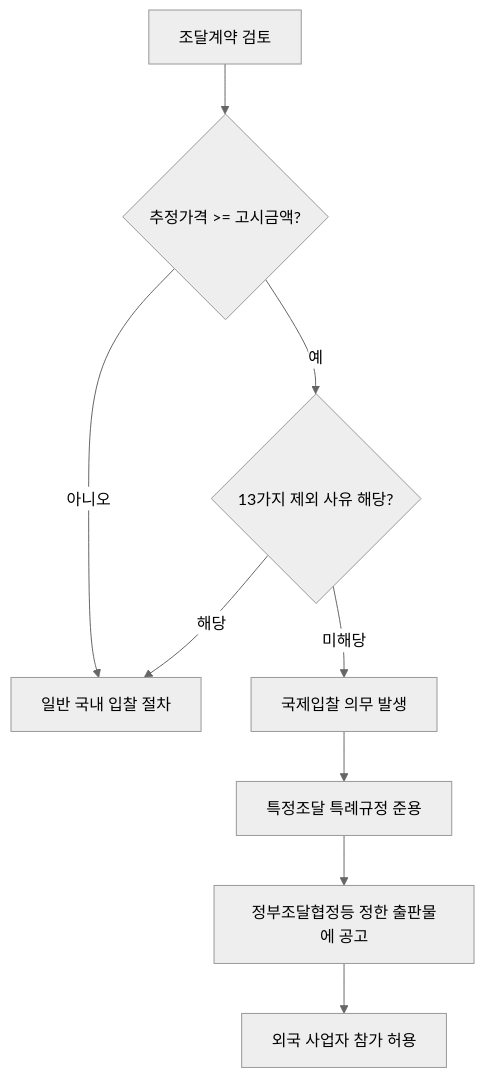
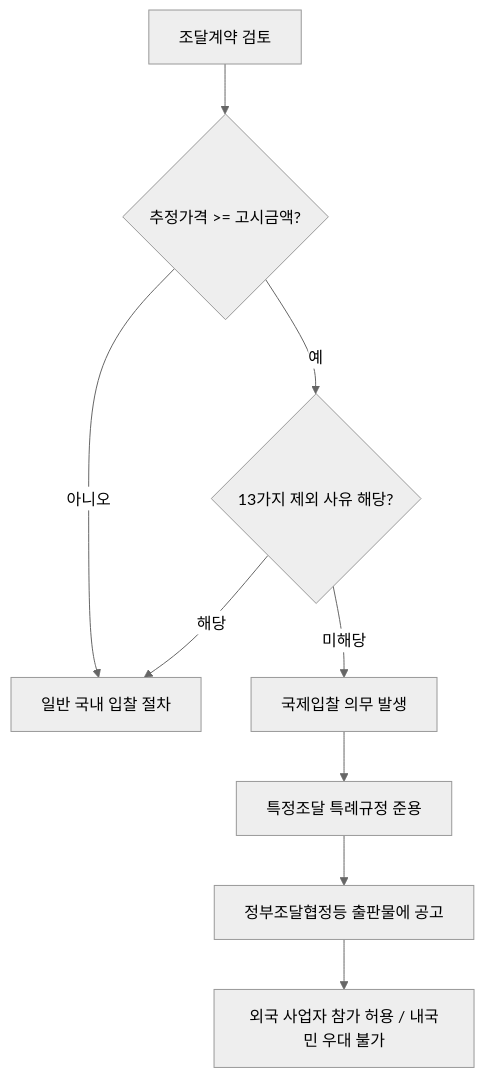
One commit to pon00050/kr-procurement-ref changed the diagram in src/content/docs/reference/공기업-국제입찰-예외.md. Above: the diagram before and after it, drawn with Mermaid (neutral theme). The commit also changed other lines of this file and 82 other files, not shown here.

````diff
--- a/src/content/docs/reference/공기업-국제입찰-예외.md
+++ b/src/content/docs/reference/공기업-국제입찰-예외.md
@@ -82,11 +38,11 @@
 ```mermaid
 flowchart TD
     A[조달계약 검토] --> B{추정가격 >= 고시금액?}
     B -- 아니오 --> C[일반 국내 입찰 절차]
     B -- 예 --> D{13가지 제외 사유 해당?}
     D -- 해당 --> C
     D -- 미해당 --> E[국제입찰 의무 발생]
     E --> F[특정조달 특례규정 준용]
-    F --> G[정부조달협정등 정한 출판물에 공고]
-    G --> H[외국 사업자 참가 허용]
+    F --> G[정부조달협정등 출판물에 공고]
+    G --> H[외국 사업자 참가 허용 / 내국민 우대 불가]
 ```
````
